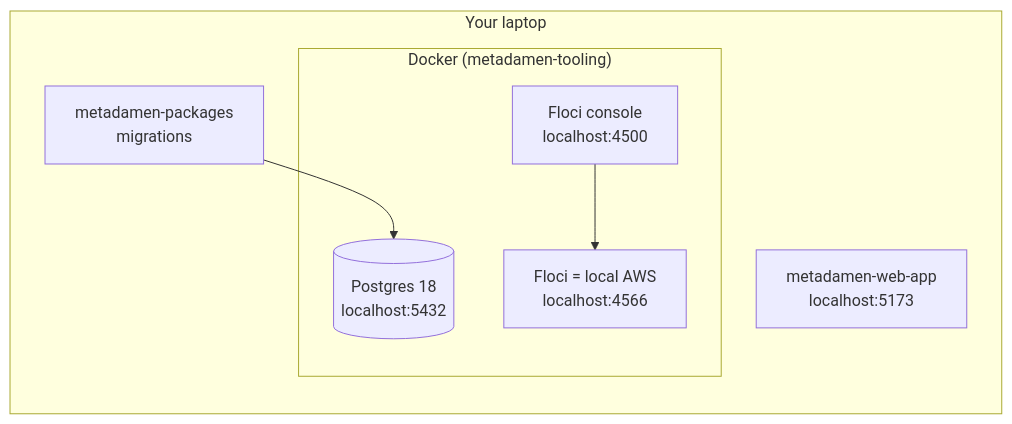
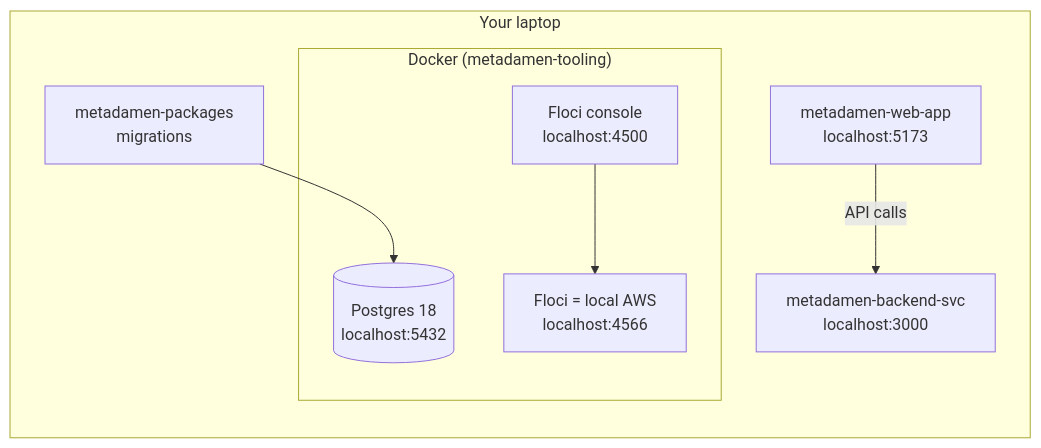
Before and after one commit to metadamen-ai-career-os/metadamen-engineering-docs: the diagram in getting-started/local-setup.md, drawn with Mermaid. The commit also changed other lines of this file and 5 other files, not shown here.

````diff
--- a/getting-started/local-setup.md
+++ b/getting-started/local-setup.md
@@ -30,14 +31,16 @@
 ```mermaid
 flowchart LR
     subgraph laptop["Your laptop"]
         web["metadamen-web-app<br/>localhost:5173"]
+        api["metadamen-backend-svc<br/>localhost:3000"]
         pkgs["metadamen-packages<br/>migrations"]
         subgraph docker["Docker (metadamen-tooling)"]
             pg[("Postgres 18<br/>localhost:5432")]
             floci["Floci = local AWS<br/>localhost:4566"]
             ui["Floci console<br/>localhost:4500"]
         end
+        web -- "API calls" --> api
         pkgs --> pg
         ui --> floci
     end
 ```
````
